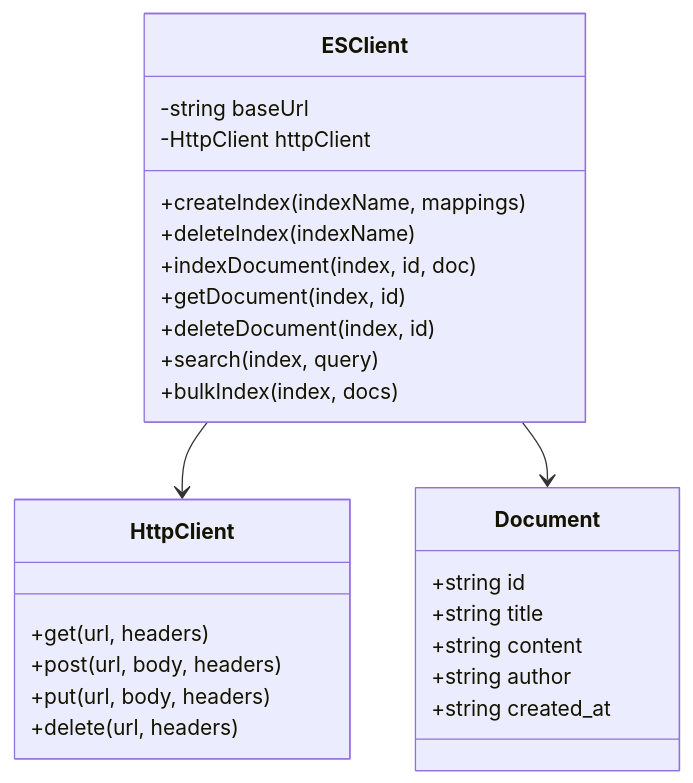
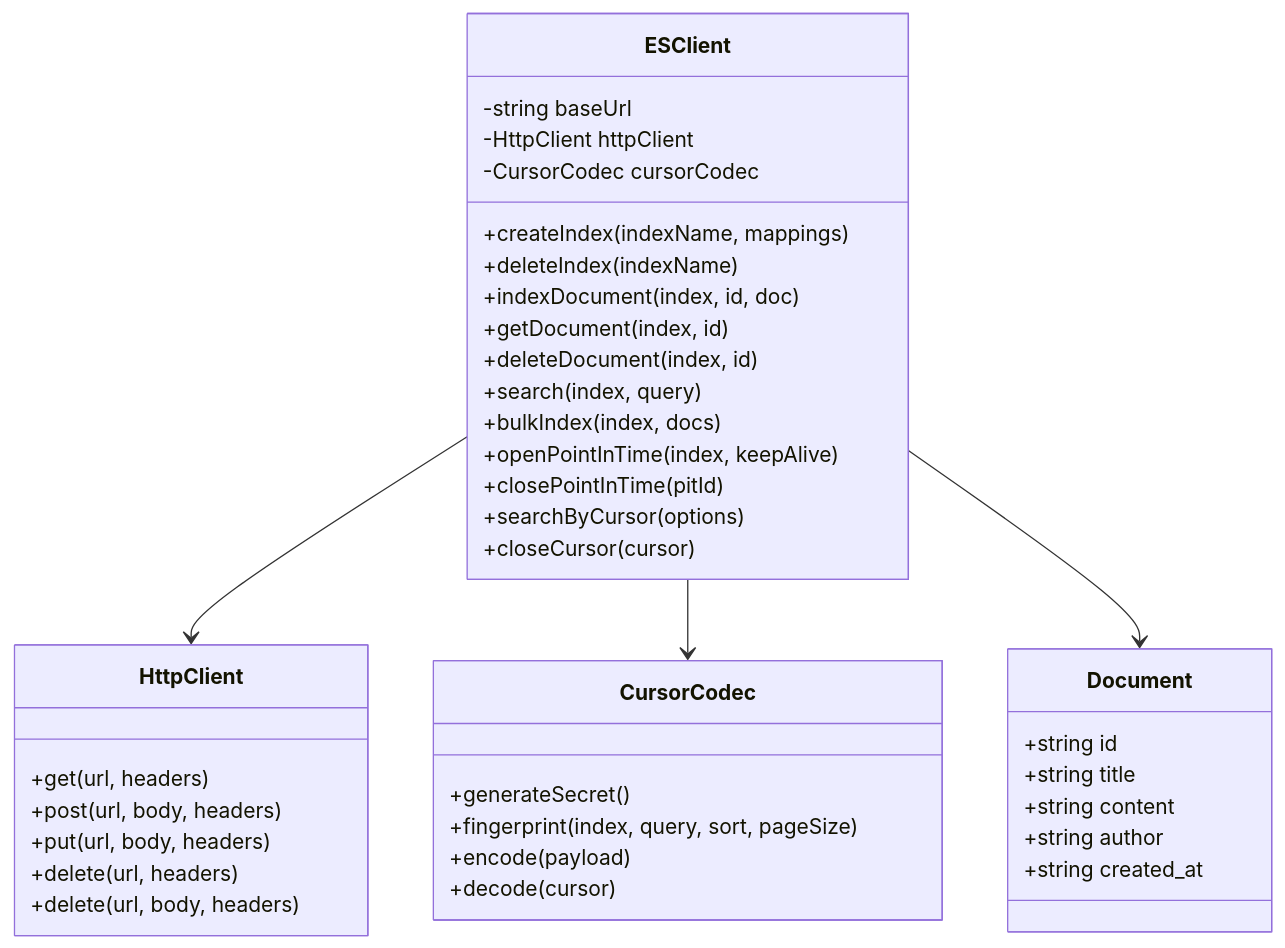
The second of 2 diagrams in docs/project_design.md (zhanglei10281852-gif/cc-091003-q001-es-cursor), drawn with Mermaid before and after one commit. The commit also changed other lines of this file and 13 other files, not shown here.

````diff
--- a/docs/project_design.md
+++ b/docs/project_design.md
@@ -28,32 +28,46 @@
 ```mermaid
 classDiagram
     class ESClient {
         -string baseUrl
         -HttpClient httpClient
+        -CursorCodec cursorCodec
         +createIndex(indexName, mappings)
         +deleteIndex(indexName)
         +indexDocument(index, id, doc)
         +getDocument(index, id)
         +deleteDocument(index, id)
         +search(index, query)
         +bulkIndex(index, docs)
+        +openPointInTime(index, keepAlive)
+        +closePointInTime(pitId)
+        +searchByCursor(options)
+        +closeCursor(cursor)
+    }
+
+    class CursorCodec {
+        +generateSecret()
+        +fingerprint(index, query, sort, pageSize)
+        +encode(payload)
+        +decode(cursor)
     }
 
     class HttpClient {
         +get(url, headers)
         +post(url, body, headers)
         +put(url, body, headers)
         +delete(url, headers)
+        +delete(url, body, headers)
     }
 
     class Document {
         +string id
         +string title
         +string content
         +string author
         +string created_at
     }
 
     ESClient --> HttpClient
+    ESClient --> CursorCodec
     ESClient --> Document
 ```
````
